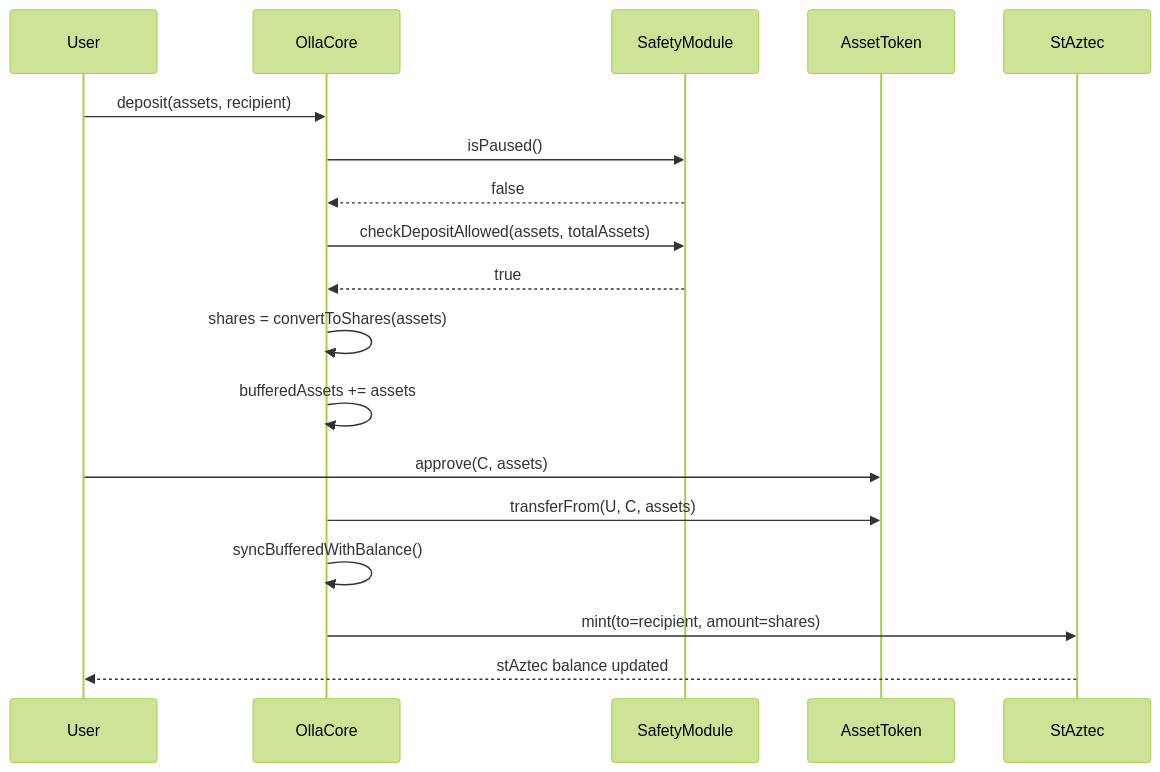
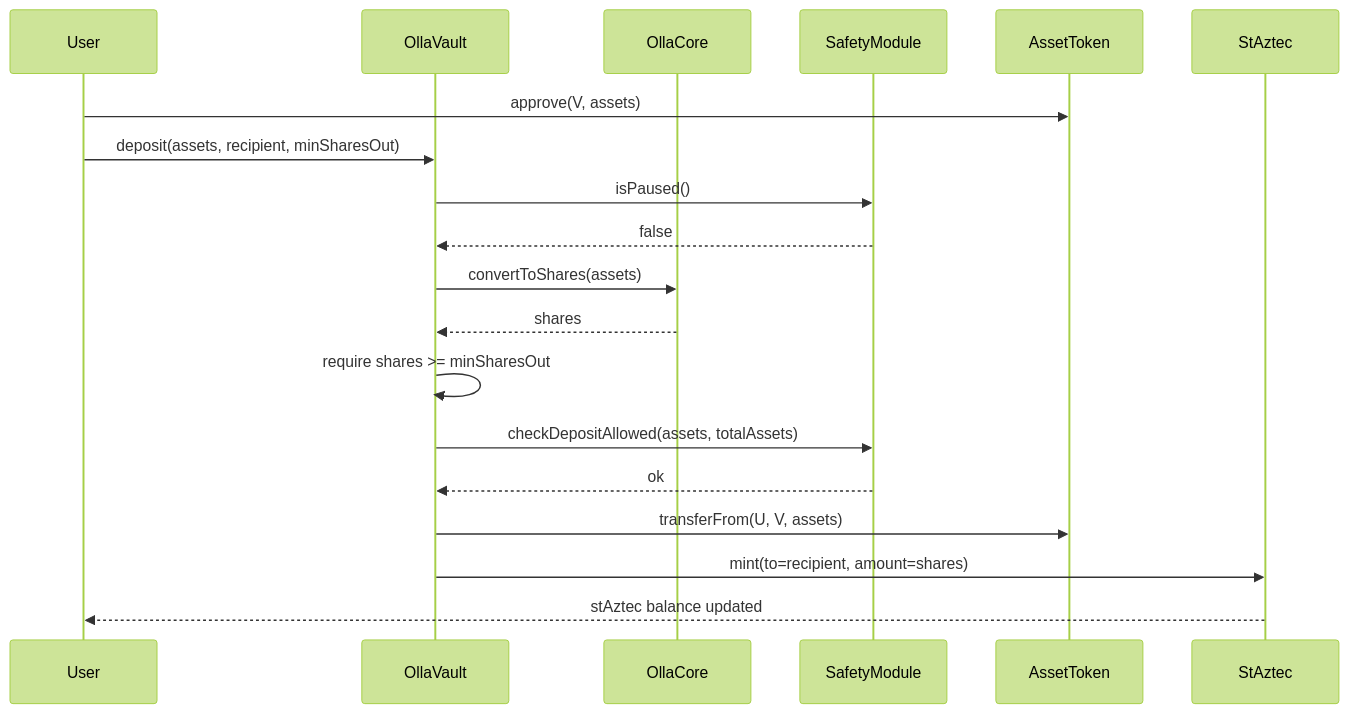
One commit to ollafinance/core changed the first of 4 diagrams in docs/architecture/user-actions.md. Above: the diagram before and after it, drawn with Mermaid (forest theme). The commit also changed other lines of this file and 180 other files, not shown here.

````diff
--- a/docs/architecture/user-actions.md
+++ b/docs/architecture/user-actions.md
@@ -7,21 +7,22 @@
 ```mermaid
 sequenceDiagram
     participant U as User
+    participant V as OllaVault
     participant C as OllaCore
     participant SAF as SafetyModule
     participant AZ as AssetToken
     participant ST as StAztec
 
-    U->>C: deposit(assets, recipient)
-    C->>SAF: isPaused()
-    SAF-->>C: false
-    C->>SAF: checkDepositAllowed(assets, totalAssets)
-    SAF-->>C: true
-    C->>C: shares = convertToShares(assets)
-    C->>C: bufferedAssets += assets
-    U->>AZ: approve(C, assets)
-    C->>AZ: transferFrom(U, C, assets)
-    C->>C: syncBufferedWithBalance()
-    C->>ST: mint(to=recipient, amount=shares)
+    U->>AZ: approve(V, assets)
+    U->>V: deposit(assets, recipient, minSharesOut)
+    V->>SAF: isPaused()
+    SAF-->>V: false
+    V->>C: convertToShares(assets)
+    C-->>V: shares
+    V->>V: require shares >= minSharesOut
+    V->>SAF: checkDepositAllowed(assets, totalAssets)
+    SAF-->>V: ok
+    V->>AZ: transferFrom(U, V, assets)
+    V->>ST: mint(to=recipient, amount=shares)
     ST-->>U: stAztec balance updated
 ```
````
